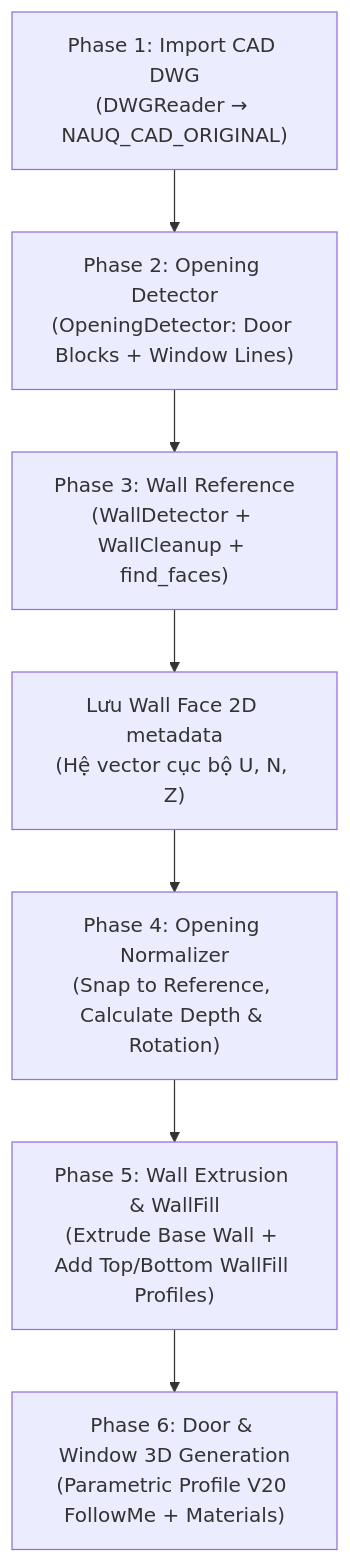
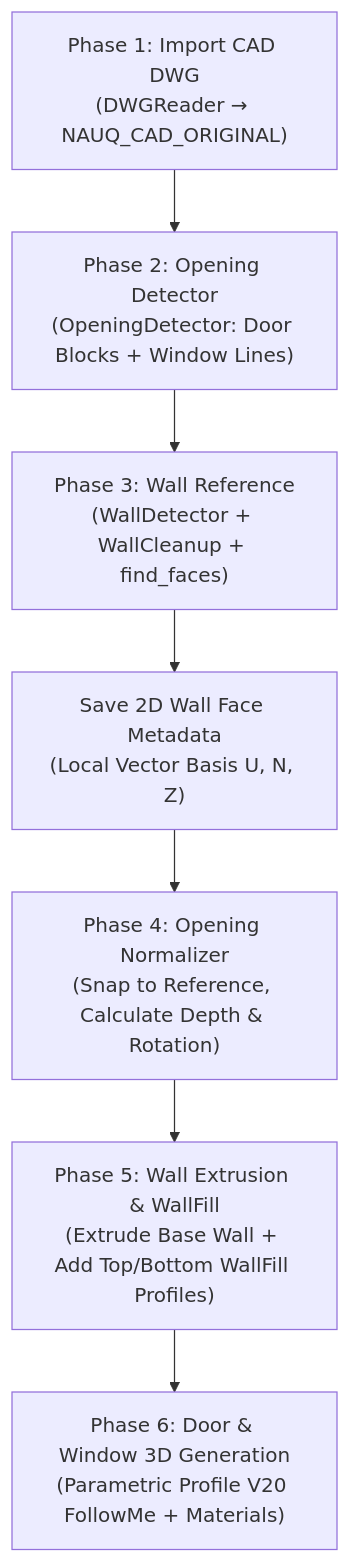
Before and after one commit to nauquu/nauq_cad_to_3d: the diagram in docs/ARCHITECTURE.md, drawn with Mermaid. The commit also changed other lines of this file and 13 other files, not shown here.

````diff
--- a/docs/ARCHITECTURE.md
+++ b/docs/ARCHITECTURE.md
@@ -20,9 +20,9 @@
 ```mermaid
 graph TD
     A["Phase 1: Import CAD DWG<br/>(DWGReader → NAUQ_CAD_ORIGINAL)"] --> B["Phase 2: Opening Detector<br/>(OpeningDetector: Door Blocks + Window Lines)"]
     B --> C["Phase 3: Wall Reference<br/>(WallDetector + WallCleanup + find_faces)"]
-    C --> C1["Lưu Wall Face 2D metadata<br/>(Hệ vector cục bộ U, N, Z)"]
+    C --> C1["Save 2D Wall Face Metadata<br/>(Local Vector Basis U, N, Z)"]
     C1 --> D["Phase 4: Opening Normalizer<br/>(Snap to Reference, Calculate Depth & Rotation)"]
     D --> E["Phase 5: Wall Extrusion & WallFill<br/>(Extrude Base Wall + Add Top/Bottom WallFill Profiles)"]
     E --> F["Phase 6: Door & Window 3D Generation<br/>(Parametric Profile V20 FollowMe + Materials)"]
 ```
````
